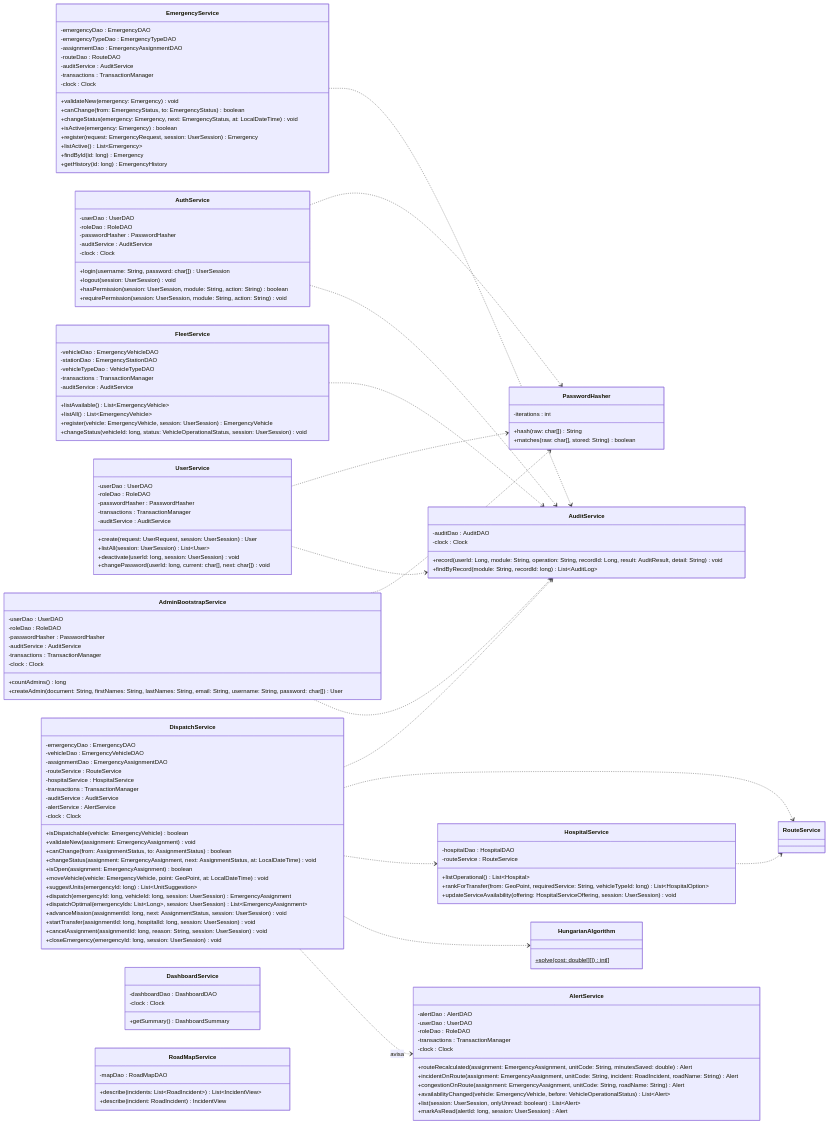
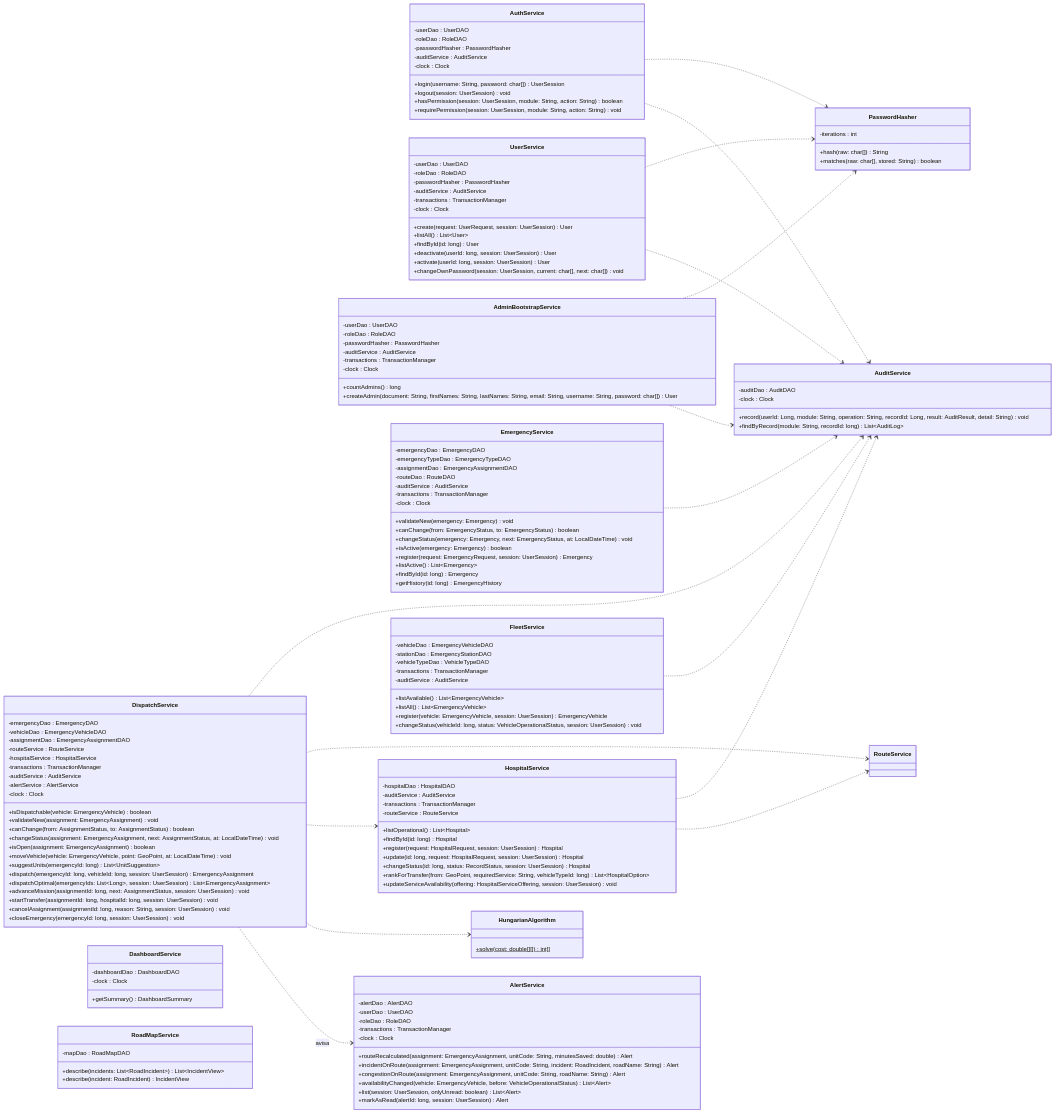
One commit to afzabaleta/RutaVida changed diagram 15 of 24 in docs/class-diagram.md. Above: the diagram before and after it, drawn with Mermaid. The commit also changed other lines of this file and 1 other file, not shown here.

```diff
--- a/docs/class-diagram.md
+++ b/docs/class-diagram.md
@@ -995,17 +995,22 @@
         +hasPermission(session: UserSession, module: String, action: String) boolean
         +requirePermission(session: UserSession, module: String, action: String) void
     }
-    class UserService {
-        -userDao : UserDAO
-        -roleDao : RoleDAO
-        -passwordHasher : PasswordHasher
-        -transactions : TransactionManager
-        -auditService : AuditService
-        +create(request: UserRequest, session: UserSession) User
-        +listAll(session: UserSession) List~User~
-        +deactivate(userId: long, session: UserSession) void
-        +changePassword(userId: long, current: char[], next: char[]) void
-    }
+
+class UserService {
+    -userDao : UserDAO
+    -roleDao : RoleDAO
+    -passwordHasher : PasswordHasher
+    -auditService : AuditService
+    -transactions : TransactionManager
+    -clock : Clock
+    +create(request: UserRequest, session: UserSession) User
+    +listAll() List~User~
+    +findById(id: long) User
+    +deactivate(userId: long, session: UserSession) User
+    +activate(userId: long, session: UserSession) User
+    +changeOwnPassword(session: UserSession, current: char[], next: char[]) void
+}
+
     class AuditService {
         -auditDao : AuditDAO
         -clock : Clock
@@ -1079,13 +1084,22 @@
         +register(vehicle: EmergencyVehicle, session: UserSession) EmergencyVehicle
         +changeStatus(vehicleId: long, status: VehicleOperationalStatus, session: UserSession) void
     }
-    class HospitalService {
-        -hospitalDao : HospitalDAO
-        -routeService : RouteService
-        +listOperational() List~Hospital~
-        +rankForTransfer(from: GeoPoint, requiredService: String, vehicleTypeId: long) List~HospitalOption~
-        +updateServiceAvailability(offering: HospitalServiceOffering, session: UserSession) void
-    }
+
+class HospitalService {
+    -hospitalDao : HospitalDAO
+    -auditService : AuditService
+    -transactions : TransactionManager
+    -routeService : RouteService
+    +listOperational() List~Hospital~
+    +findById(id: long) Hospital
+    +register(request: HospitalRequest, session: UserSession) Hospital
+    +update(id: long, request: HospitalRequest, session: UserSession) Hospital
+    +changeStatus(id: long, status: RecordStatus, session: UserSession) Hospital
+    +rankForTransfer(from: GeoPoint, requiredService: String, vehicleTypeId: long) List~HospitalOption~
+    +updateServiceAvailability(offering: HospitalServiceOffering, session: UserSession) void
+}
+
+
     class DashboardService {
         -dashboardDao : DashboardDAO
         -clock : Clock
@@ -1125,6 +1139,7 @@
     EmergencyService ..> AuditService
     DispatchService ..> AuditService
     FleetService ..> AuditService
+    HospitalService ..> AuditService
     DispatchService ..> RouteService
     DispatchService ..> HospitalService
     DispatchService ..> HungarianAlgorithm
```
